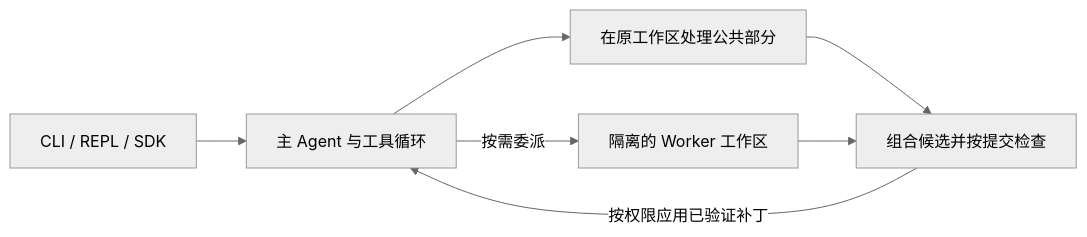
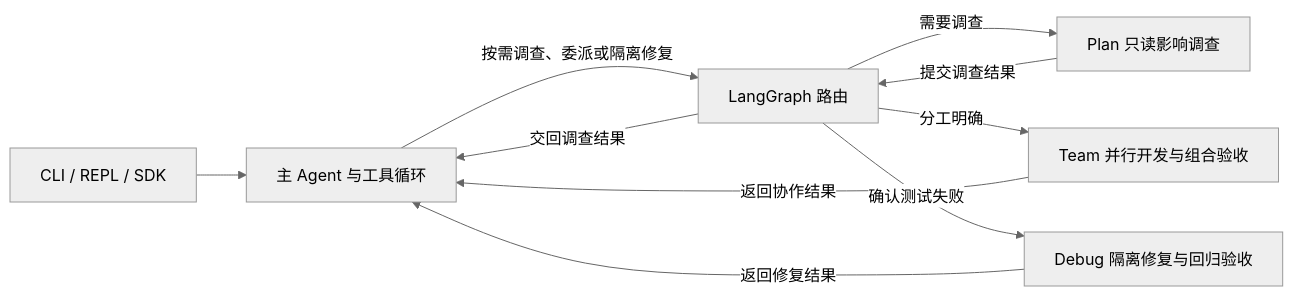
One commit to dbfbd/paicli-python changed the first of 2 diagrams in README.md. Above: the diagram before and after it, drawn with Mermaid (neutral theme). The commit also changed other lines of this file and 16 other files, not shown here.

````diff
--- a/README.md
+++ b/README.md
@@ -82,9 +66,12 @@
 ```mermaid
 flowchart LR
     Request[CLI / REPL / SDK] --> Lead[主 Agent 与工具循环]
-    Lead --> Work[在原工作区处理公共部分]
-    Lead -->|按需委派| Workers[隔离的 Worker 工作区]
-    Work --> Check[组合候选并按提交检查]
-    Workers --> Check
-    Check -->|按权限应用已验证补丁| Lead
+    Lead -->|按需调查、委派或隔离修复| Route[LangGraph 路由]
+    Route -->|需要调查| Inspect[Plan 只读影响调查]
+    Inspect -->|提交调查结果| Route
+    Route -->|交回调查结果| Lead
+    Route -->|分工明确| Team[Team 并行开发与组合验收]
+    Route -->|确认测试失败| Debug[Debug 隔离修复与回归验收]
+    Team -->|返回协作结果| Lead
+    Debug -->|返回修复结果| Lead
 ```
````
